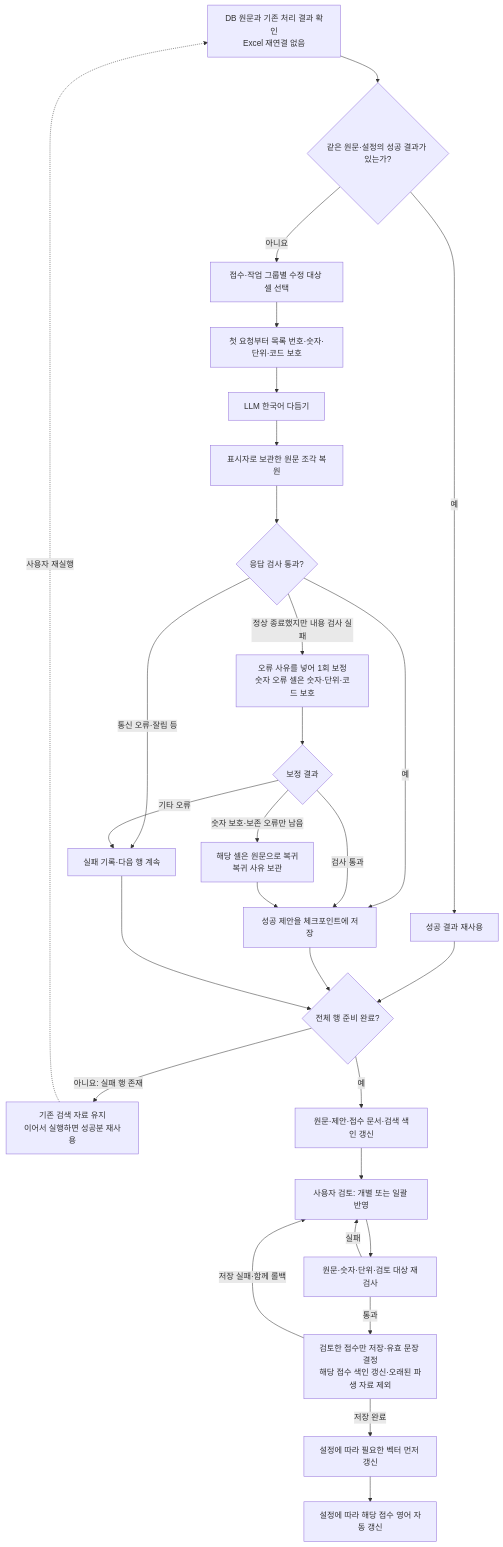
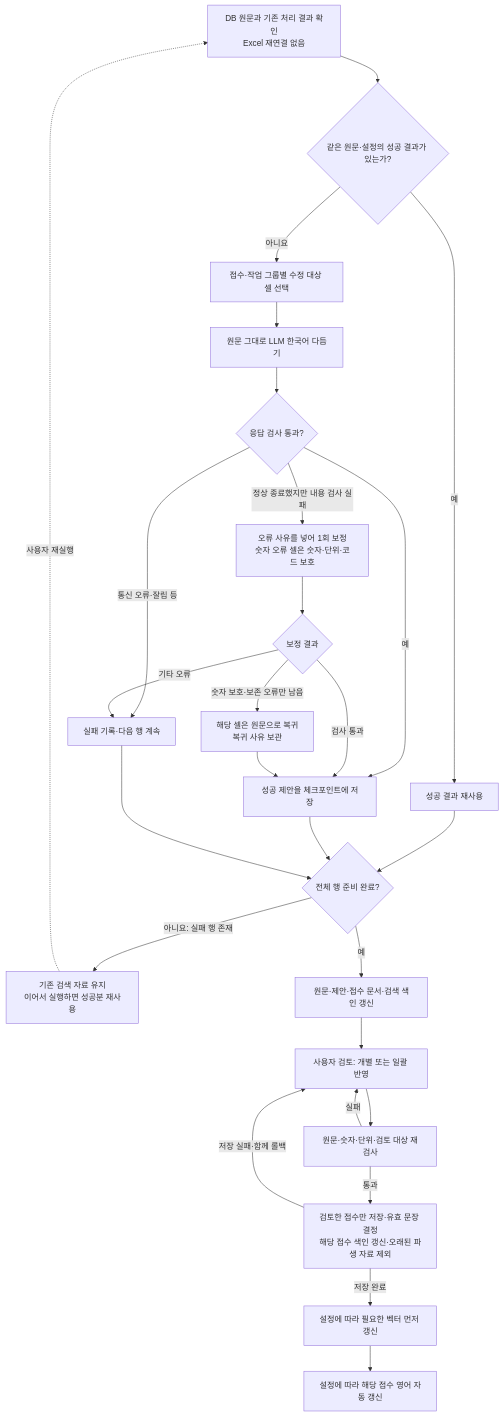
The eighth of 21 diagrams in docs/전체-프로그램-플로우.md (pmh10401/cs-excel-rag), drawn with Mermaid before and after one commit. The commit also changed other lines of this file and 7 other files, not shown here.

````diff
--- a/docs/전체-프로그램-플로우.md
+++ b/docs/전체-프로그램-플로우.md
@@ -207,31 +207,29 @@
 ```mermaid
 flowchart TD
     A[DB 원문과 기존 처리 결과 확인<br/>Excel 재연결 없음] --> B{같은 원문·설정의 성공 결과가 있는가?}
     B -->|예| C[성공 결과 재사용]
     B -->|아니요| D[접수·작업 그룹별 수정 대상 셀 선택]
-    D --> NUM[첫 요청부터 목록 번호·숫자·단위·코드 보호]
-    NUM --> E[LLM 한국어 다듬기]
-    E --> RESTORE[표시자로 보관한 원문 조각 복원]
-    RESTORE --> F{응답 검사 통과?}
+    D --> E[원문 그대로 LLM 한국어 다듬기]
+    E --> F{응답 검사 통과?}
     F -->|예| G[성공 제안을 체크포인트에 저장]
     F -->|정상 종료했지만 내용 검사 실패| H[오류 사유를 넣어 1회 보정<br/>숫자 오류 셀은 숫자·단위·코드 보호]
     F -->|통신 오류·잘림 등| J[실패 기록·다음 행 계속]
     H --> I{보정 결과}
     I -->|검사 통과| G
     I -->|숫자 보호·보존 오류만 남음| K[해당 셀은 원문으로 복귀<br/>복귀 사유 보관]
     I -->|기타 오류| J
     K --> G
     C --> L{전체 행 준비 완료?}
     G --> L
     J --> L
     L -->|아니요: 실패 행 존재| M[기존 검색 자료 유지<br/>이어서 실행하면 성공분 재사용]
     M -. 사용자 재실행 .-> A
     L -->|예| N[원문·제안·접수 문서·검색 색인 갱신]
     N --> O[사용자 검토: 개별 또는 일괄 반영]
     O --> P[원문·숫자·단위·검토 대상 재검사]
     P -->|통과| R[검토한 접수만 저장·유효 문장 결정<br/>해당 접수 색인 갱신·오래된 파생 자료 제외]
     P -->|실패| O
     R -->|저장 실패·함께 롤백| O
     R -->|저장 완료| S[설정에 따라 필요한 벡터 먼저 갱신]
     S --> T[설정에 따라 해당 접수 영어 자동 갱신]
 ```
````
